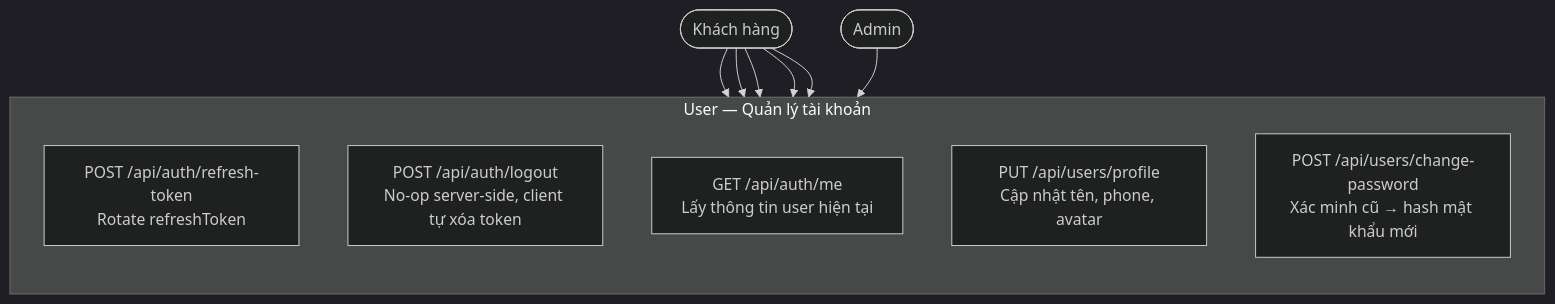
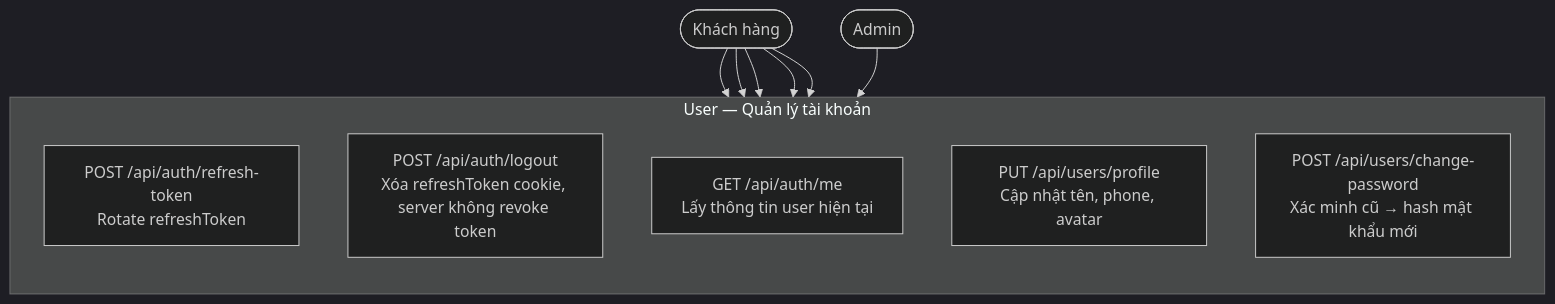
One commit to MinhThang1009/E-commerce-website changed the fifth of 47 diagrams in DIAGRAMS.md. Above: the diagram before and after it, drawn with Mermaid (dark theme). The commit also changed 3 other files, not shown here.

First line of the commit message:
docs: per-line audit STRUCTURE/README/TESTING + sửa U2 DIAGRAMS

````diff
--- a/DIAGRAMS.md
+++ b/DIAGRAMS.md
@@ -166,21 +166,21 @@
 ```mermaid
 flowchart TB
     Customer(["Khách hàng"])
     Admin(["Admin"])
 
     subgraph USER_ACC["User — Quản lý tài khoản"]
         direction TB
         U1["POST /api/auth/refresh-token<br/>Rotate refreshToken"]
-        U2["POST /api/auth/logout<br/>No-op server-side, client tự xóa token"]
+        U2["POST /api/auth/logout<br/>Xóa refreshToken cookie, server không revoke token"]
         U3["GET /api/auth/me<br/>Lấy thông tin user hiện tại"]
         U4["PUT /api/users/profile<br/>Cập nhật tên, phone, avatar"]
         U5["POST /api/users/change-password<br/>Xác minh cũ → hash mật khẩu mới"]
     end
 
     Customer --> U1
     Customer --> U2
     Customer --> U3
     Customer --> U4
     Customer --> U5
     Admin --> U3
 ```
````
